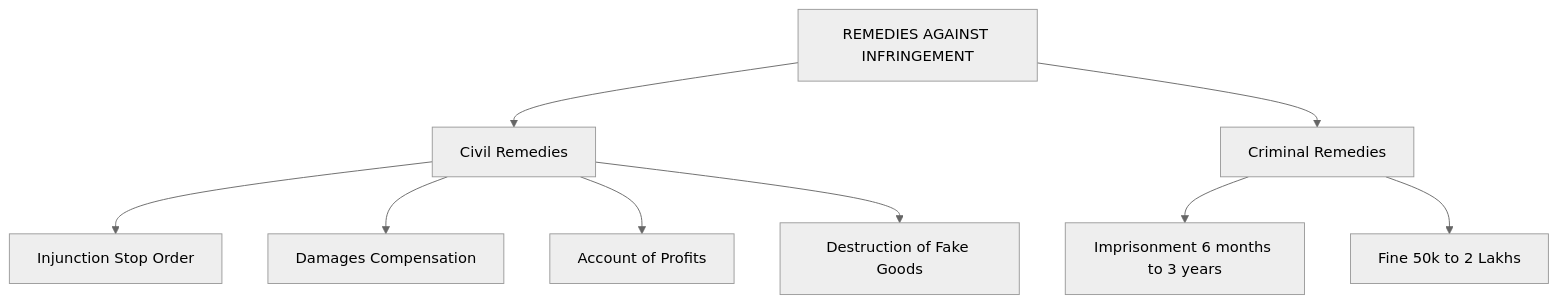
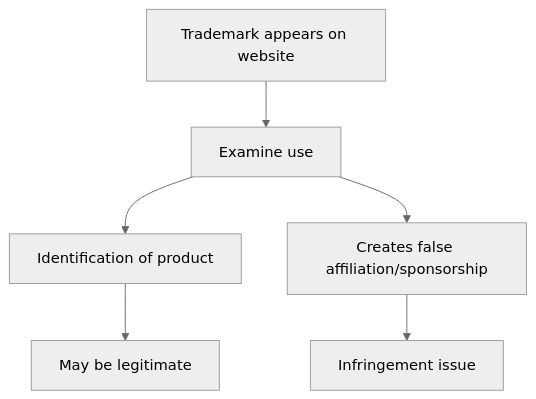
One commit to Aryns293/IPR changed the fourth of 9 diagrams in 12_Infringement_of_Trademarks_and_Action_Against_Infringement.md. Above: the diagram before and after it, drawn with Mermaid (neutral theme). The commit also changed other lines of this file, not shown here.

````diff
--- a/12_Infringement_of_Trademarks_and_Action_Against_Infringement.md
+++ b/12_Infringement_of_Trademarks_and_Action_Against_Infringement.md
@@ -101,14 +98,9 @@
 ```mermaid
 flowchart TD
-    A[REMEDIES AGAINST INFRINGEMENT]
-    A --> B[Civil Remedies]
-    A --> C[Criminal Remedies]
+    A[Trademark appears on website] --> B[Examine use]
+    B --> C[Identification of product]
+    B --> D[Creates false affiliation/sponsorship]
     
-    B --> B1[Injunction Stop Order]
-    B --> B2[Damages Compensation]
-    B --> B3[Account of Profits]
-    B --> B4[Destruction of Fake Goods]
-    
-    C --> C1[Imprisonment 6 months to 3 years]
-    C --> C2[Fine 50k to 2 Lakhs]
+    C --> E[May be legitimate]
+    D --> F[Infringement issue]
 ```
````
